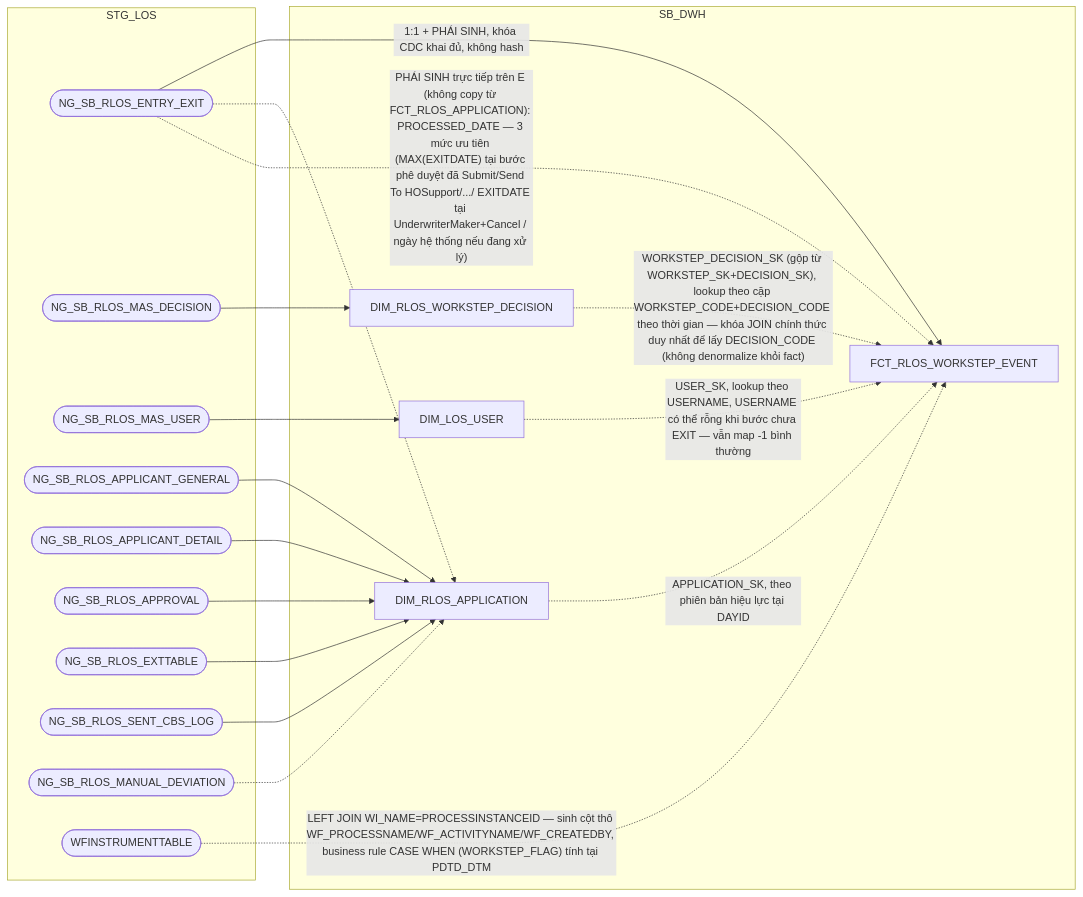
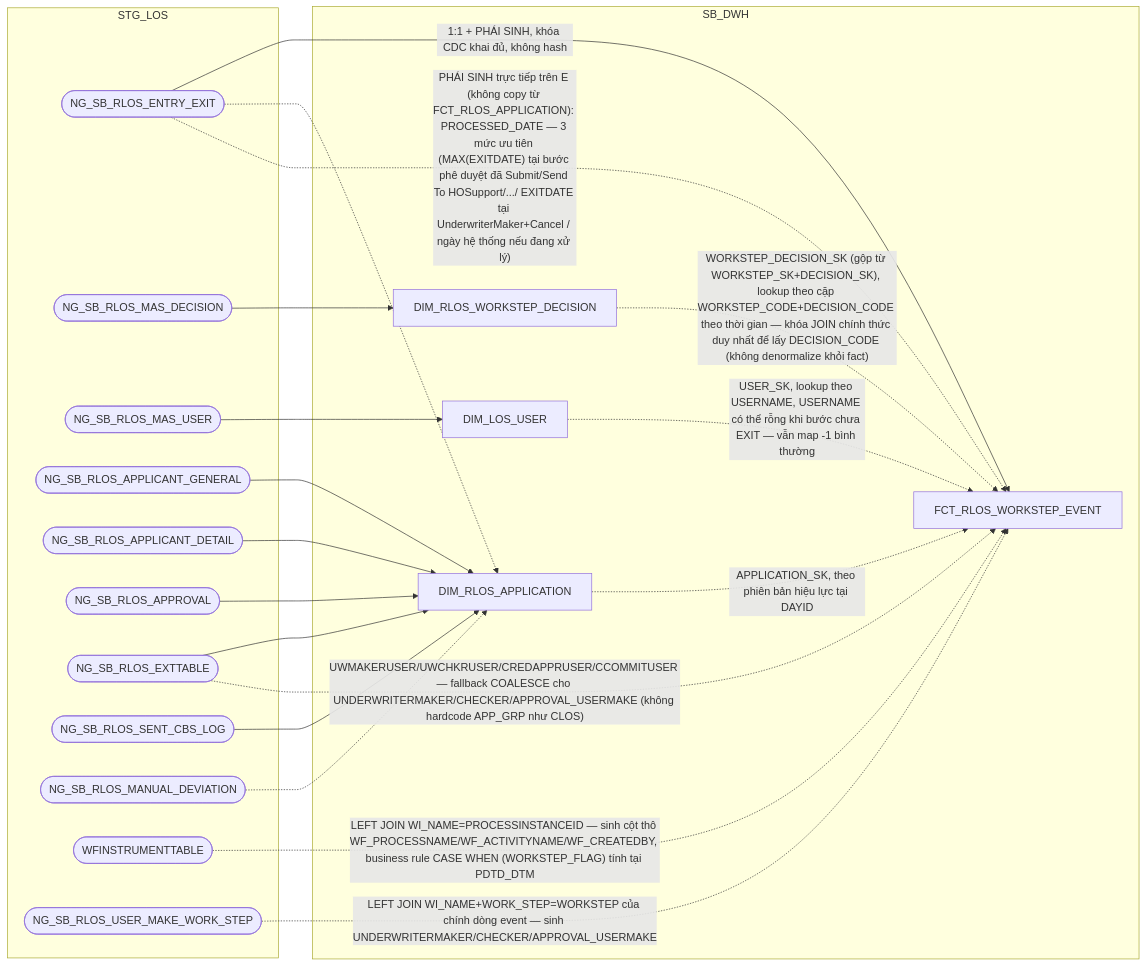
One commit to chien1198/sb-mapping-gen changed diagram 12 of 14 in hld/hld_review/HLD_FCT_SB_DWH_review.md. Above: the diagram before and after it, drawn with Mermaid. The commit also changed other lines of this file and 160 other files, not shown here.

````diff
--- a/hld/hld_review/HLD_FCT_SB_DWH_review.md
+++ b/hld/hld_review/HLD_FCT_SB_DWH_review.md
@@ -901,36 +898,39 @@
 ```mermaid
 flowchart LR
     subgraph STG_LOS
         B(["NG_SB_RLOS_ENTRY_EXIT"])
         MW(["NG_SB_RLOS_MAS_DECISION"])
         U(["NG_SB_RLOS_MAS_USER"])
         P1(["NG_SB_RLOS_APPLICANT_GENERAL"])
         P2(["NG_SB_RLOS_APPLICANT_DETAIL"])
         P3(["NG_SB_RLOS_APPROVAL"])
         P4(["NG_SB_RLOS_EXTTABLE"])
         P5(["NG_SB_RLOS_SENT_CBS_LOG"])
         P7(["NG_SB_RLOS_MANUAL_DEVIATION"])
         WF(["WFINSTRUMENTTABLE"])
+        UM(["NG_SB_RLOS_USER_MAKE_WORK_STEP"])
     end
     subgraph SB_DWH
         WD["DIM_RLOS_WORKSTEP_DECISION"]
         US["DIM_LOS_USER"]
         AP["DIM_RLOS_APPLICATION"]
         E["FCT_RLOS_WORKSTEP_EVENT"]
     end
     B -->|1:1 + PHÁI SINH, khóa CDC khai đủ, không hash| E
     WD -.->|"WORKSTEP_DECISION_SK (gộp từ WORKSTEP_SK+DECISION_SK), lookup theo cặp WORKSTEP_CODE+DECISION_CODE theo thời gian — khóa JOIN chính thức duy nhất để lấy DECISION_CODE (không denormalize khỏi fact)"| E
     US -.->|USER_SK, lookup theo USERNAME, USERNAME có thể rỗng khi bước chưa EXIT — vẫn map -1 bình thường| E
     AP -.->|APPLICATION_SK, theo phiên bản hiệu lực tại DAYID| E
     MW --> WD
     U --> US
     P1 --> AP
     P2 --> AP
     P3 --> AP
     P4 --> AP
     P5 --> AP
     B -.-> AP
     P7 -.-> AP
     B -.->|"PHÁI SINH trực tiếp trên E (không copy từ FCT_RLOS_APPLICATION): PROCESSED_DATE — 3 mức ưu tiên (MAX(EXITDATE) tại bước phê duyệt đã Submit/Send To HOSupport/.../ EXITDATE tại UnderwriterMaker+Cancel / ngày hệ thống nếu đang xử lý)"| E
     WF -.->|"LEFT JOIN WI_NAME=PROCESSINSTANCEID — sinh cột thô WF_PROCESSNAME/WF_ACTIVITYNAME/WF_CREATEDBY, business rule CASE WHEN (WORKSTEP_FLAG) tính tại PDTD_DTM"| E
+    UM -.->|"LEFT JOIN WI_NAME+WORK_STEP=WORKSTEP của chính dòng event — sinh UNDERWRITERMAKER/CHECKER/APPROVAL_USERMAKE"| E
+    P4 -.->|"UWMAKERUSER/UWCHKRUSER/CREDAPPRUSER/CCOMMITUSER — fallback COALESCE cho UNDERWRITERMAKER/CHECKER/APPROVAL_USERMAKE (không hardcode APP_GRP như CLOS)"| E
 ```
````
